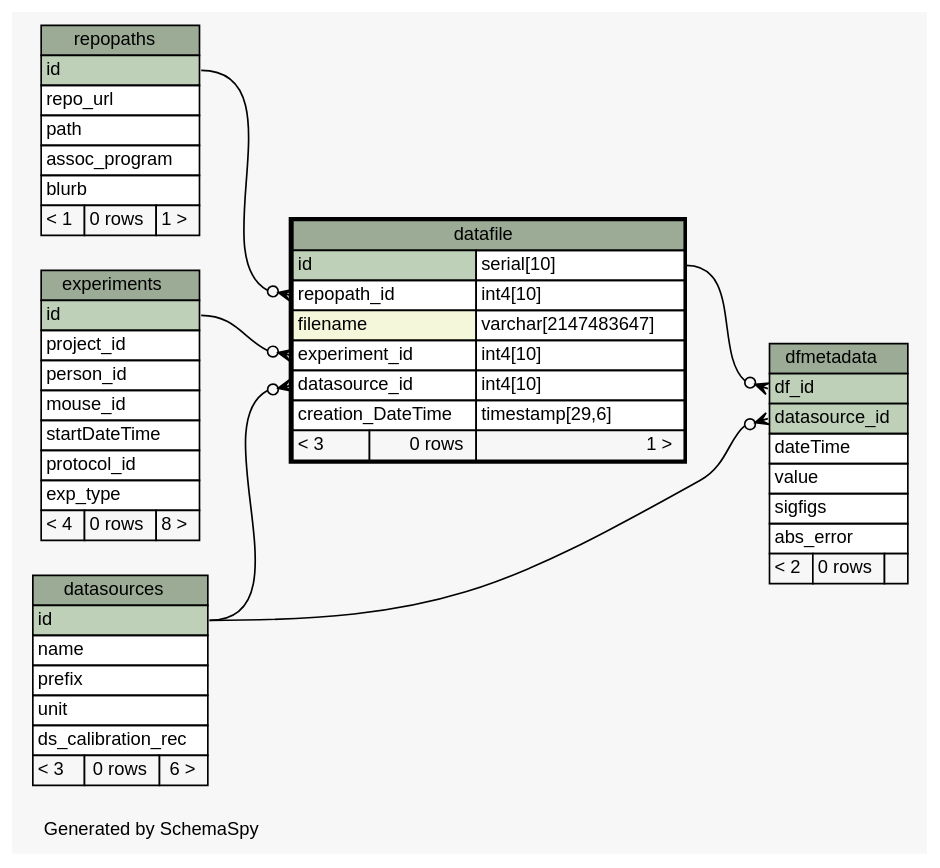
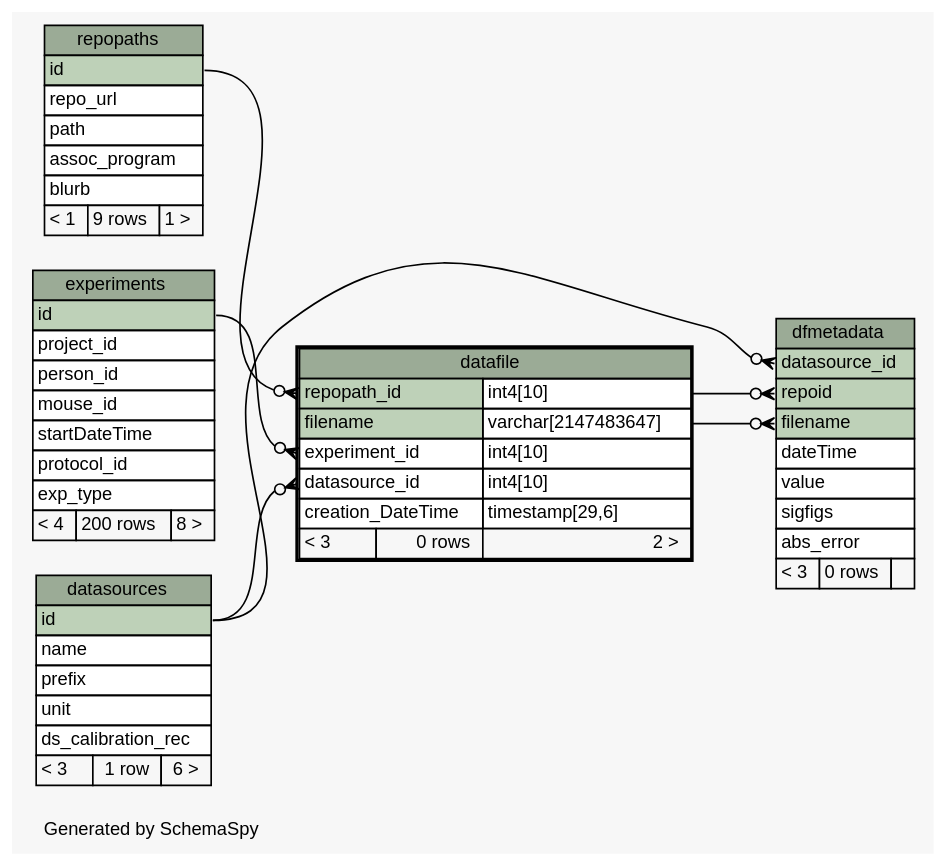
One commit to tgbugs/mlab changed the diagram in database/ss/diagrams/datafile.1degree.dot. Above: the diagram before and after it, drawn with Graphviz. The commit also changed 221 other files, not shown here.

```diff
--- a/database/ss/diagrams/datafile.1degree.dot
+++ b/database/ss/diagrams/datafile.1degree.dot
@@ -1,101 +1,102 @@
 // dot 2.32.0 on Windows 7 6.1
 // SchemaSpy rev 590
 digraph "oneDegreeRelationshipsDiagram" {
   graph [
     rankdir="RL"
     bgcolor="#f7f7f7"
     label="\nGenerated by SchemaSpy"
     labeljust="l"
     nodesep="0.18"
     ranksep="0.46"
     fontname="Helvetica"
     fontsize="11"
   ];
   node [
     fontname="Helvetica"
     fontsize="11"
     shape="plaintext"
   ];
   edge [
     arrowsize="0.8"
   ];
   "datafile":"datasource_id":w -> "datasources":"id":e [arrowhead=none dir=back arrowtail=crowodot];
   "datafile":"experiment_id":w -> "experiments":"id":e [arrowhead=none dir=back arrowtail=crowodot];
   "datafile":"repopath_id":w -> "repopaths":"id":e [arrowhead=none dir=back arrowtail=crowodot];
   "dfmetadata":"datasource_id":w -> "datasources":"id":e [arrowhead=none dir=back arrowtail=crowodot];
-  "dfmetadata":"df_id":w -> "datafile":"id.type":e [arrowhead=none dir=back arrowtail=crowodot];
+  "dfmetadata":"filename":w -> "datafile":"filename.type":e [arrowhead=none dir=back arrowtail=crowodot];
+  "dfmetadata":"repoid":w -> "datafile":"repopath_id.type":e [arrowhead=none dir=back arrowtail=crowodot];
   "datafile" [
     label=<
     <TABLE BORDER="2" CELLBORDER="1" CELLSPACING="0" BGCOLOR="#ffffff">
       <TR><TD COLSPAN="3" BGCOLOR="#9bab96" ALIGN="CENTER">datafile</TD></TR>
-      <TR><TD PORT="id" COLSPAN="2" BGCOLOR="#bed1b8" ALIGN="LEFT">id</TD><TD PORT="id.type" ALIGN="LEFT">serial[10]</TD></TR>
-      <TR><TD PORT="repopath_id" COLSPAN="2" ALIGN="LEFT">repopath_id</TD><TD PORT="repopath_id.type" ALIGN="LEFT">int4[10]</TD></TR>
-      <TR><TD PORT="filename" COLSPAN="2" BGCOLOR="#f4f7da" ALIGN="LEFT">filename</TD><TD PORT="filename.type" ALIGN="LEFT">varchar[2147483647]</TD></TR>
+      <TR><TD PORT="repopath_id" COLSPAN="2" BGCOLOR="#bed1b8" ALIGN="LEFT">repopath_id</TD><TD PORT="repopath_id.type" ALIGN="LEFT">int4[10]</TD></TR>
+      <TR><TD PORT="filename" COLSPAN="2" BGCOLOR="#bed1b8" ALIGN="LEFT">filename</TD><TD PORT="filename.type" ALIGN="LEFT">varchar[2147483647]</TD></TR>
       <TR><TD PORT="experiment_id" COLSPAN="2" ALIGN="LEFT">experiment_id</TD><TD PORT="experiment_id.type" ALIGN="LEFT">int4[10]</TD></TR>
       <TR><TD PORT="datasource_id" COLSPAN="2" ALIGN="LEFT">datasource_id</TD><TD PORT="datasource_id.type" ALIGN="LEFT">int4[10]</TD></TR>
       <TR><TD PORT="creation_DateTime" COLSPAN="2" ALIGN="LEFT">creation_DateTime</TD><TD PORT="creation_DateTime.type" ALIGN="LEFT">timestamp[29,6]</TD></TR>
-      <TR><TD ALIGN="LEFT" BGCOLOR="#f7f7f7">&lt; 3</TD><TD ALIGN="RIGHT" BGCOLOR="#f7f7f7">0 rows</TD><TD ALIGN="RIGHT" BGCOLOR="#f7f7f7">1 &gt;</TD></TR>
+      <TR><TD ALIGN="LEFT" BGCOLOR="#f7f7f7">&lt; 3</TD><TD ALIGN="RIGHT" BGCOLOR="#f7f7f7">0 rows</TD><TD ALIGN="RIGHT" BGCOLOR="#f7f7f7">2 &gt;</TD></TR>
     </TABLE>>
     URL="datafile.html"
     tooltip="datafile"
   ];
   "datasources" [
     label=<
     <TABLE BORDER="0" CELLBORDER="1" CELLSPACING="0" BGCOLOR="#ffffff">
       <TR><TD COLSPAN="3" BGCOLOR="#9bab96" ALIGN="CENTER">datasources</TD></TR>
       <TR><TD PORT="id" COLSPAN="3" BGCOLOR="#bed1b8" ALIGN="LEFT">id</TD></TR>
       <TR><TD PORT="name" COLSPAN="3" ALIGN="LEFT">name</TD></TR>
       <TR><TD PORT="prefix" COLSPAN="3" ALIGN="LEFT">prefix</TD></TR>
       <TR><TD PORT="unit" COLSPAN="3" ALIGN="LEFT">unit</TD></TR>
       <TR><TD PORT="ds_calibration_rec" COLSPAN="3" ALIGN="LEFT">ds_calibration_rec</TD></TR>
-      <TR><TD ALIGN="LEFT" BGCOLOR="#f7f7f7">&lt; 3</TD><TD ALIGN="RIGHT" BGCOLOR="#f7f7f7">0 rows</TD><TD ALIGN="RIGHT" BGCOLOR="#f7f7f7">6 &gt;</TD></TR>
+      <TR><TD ALIGN="LEFT" BGCOLOR="#f7f7f7">&lt; 3</TD><TD ALIGN="RIGHT" BGCOLOR="#f7f7f7">1 row</TD><TD ALIGN="RIGHT" BGCOLOR="#f7f7f7">6 &gt;</TD></TR>
     </TABLE>>
     URL="datasources.html"
     tooltip="datasources"
   ];
   "dfmetadata" [
     label=<
     <TABLE BORDER="0" CELLBORDER="1" CELLSPACING="0" BGCOLOR="#ffffff">
       <TR><TD COLSPAN="3" BGCOLOR="#9bab96" ALIGN="CENTER">dfmetadata</TD></TR>
-      <TR><TD PORT="df_id" COLSPAN="3" BGCOLOR="#bed1b8" ALIGN="LEFT">df_id</TD></TR>
       <TR><TD PORT="datasource_id" COLSPAN="3" BGCOLOR="#bed1b8" ALIGN="LEFT">datasource_id</TD></TR>
+      <TR><TD PORT="repoid" COLSPAN="3" BGCOLOR="#bed1b8" ALIGN="LEFT">repoid</TD></TR>
+      <TR><TD PORT="filename" COLSPAN="3" BGCOLOR="#bed1b8" ALIGN="LEFT">filename</TD></TR>
       <TR><TD PORT="dateTime" COLSPAN="3" ALIGN="LEFT">dateTime</TD></TR>
       <TR><TD PORT="value" COLSPAN="3" ALIGN="LEFT">value</TD></TR>
       <TR><TD PORT="sigfigs" COLSPAN="3" ALIGN="LEFT">sigfigs</TD></TR>
       <TR><TD PORT="abs_error" COLSPAN="3" ALIGN="LEFT">abs_error</TD></TR>
-      <TR><TD ALIGN="LEFT" BGCOLOR="#f7f7f7">&lt; 2</TD><TD ALIGN="RIGHT" BGCOLOR="#f7f7f7">0 rows</TD><TD ALIGN="RIGHT" BGCOLOR="#f7f7f7">  </TD></TR>
+      <TR><TD ALIGN="LEFT" BGCOLOR="#f7f7f7">&lt; 3</TD><TD ALIGN="RIGHT" BGCOLOR="#f7f7f7">0 rows</TD><TD ALIGN="RIGHT" BGCOLOR="#f7f7f7">  </TD></TR>
     </TABLE>>
     URL="dfmetadata.html"
     tooltip="dfmetadata"
   ];
   "experiments" [
     label=<
     <TABLE BORDER="0" CELLBORDER="1" CELLSPACING="0" BGCOLOR="#ffffff">
       <TR><TD COLSPAN="3" BGCOLOR="#9bab96" ALIGN="CENTER">experiments</TD></TR>
       <TR><TD PORT="id" COLSPAN="3" BGCOLOR="#bed1b8" ALIGN="LEFT">id</TD></TR>
       <TR><TD PORT="project_id" COLSPAN="3" ALIGN="LEFT">project_id</TD></TR>
       <TR><TD PORT="person_id" COLSPAN="3" ALIGN="LEFT">person_id</TD></TR>
       <TR><TD PORT="mouse_id" COLSPAN="3" ALIGN="LEFT">mouse_id</TD></TR>
       <TR><TD PORT="startDateTime" COLSPAN="3" ALIGN="LEFT">startDateTime</TD></TR>
       <TR><TD PORT="protocol_id" COLSPAN="3" ALIGN="LEFT">protocol_id</TD></TR>
       <TR><TD PORT="exp_type" COLSPAN="3" ALIGN="LEFT">exp_type</TD></TR>
-      <TR><TD ALIGN="LEFT" BGCOLOR="#f7f7f7">&lt; 4</TD><TD ALIGN="RIGHT" BGCOLOR="#f7f7f7">0 rows</TD><TD ALIGN="RIGHT" BGCOLOR="#f7f7f7">8 &gt;</TD></TR>
+      <TR><TD ALIGN="LEFT" BGCOLOR="#f7f7f7">&lt; 4</TD><TD ALIGN="RIGHT" BGCOLOR="#f7f7f7">200 rows</TD><TD ALIGN="RIGHT" BGCOLOR="#f7f7f7">8 &gt;</TD></TR>
     </TABLE>>
     URL="experiments.html"
     tooltip="experiments"
   ];
   "repopaths" [
     label=<
     <TABLE BORDER="0" CELLBORDER="1" CELLSPACING="0" BGCOLOR="#ffffff">
       <TR><TD COLSPAN="3" BGCOLOR="#9bab96" ALIGN="CENTER">repopaths</TD></TR>
       <TR><TD PORT="id" COLSPAN="3" BGCOLOR="#bed1b8" ALIGN="LEFT">id</TD></TR>
       <TR><TD PORT="repo_url" COLSPAN="3" ALIGN="LEFT">repo_url</TD></TR>
       <TR><TD PORT="path" COLSPAN="3" ALIGN="LEFT">path</TD></TR>
       <TR><TD PORT="assoc_program" COLSPAN="3" ALIGN="LEFT">assoc_program</TD></TR>
       <TR><TD PORT="blurb" COLSPAN="3" ALIGN="LEFT">blurb</TD></TR>
-      <TR><TD ALIGN="LEFT" BGCOLOR="#f7f7f7">&lt; 1</TD><TD ALIGN="RIGHT" BGCOLOR="#f7f7f7">0 rows</TD><TD ALIGN="RIGHT" BGCOLOR="#f7f7f7">1 &gt;</TD></TR>
+      <TR><TD ALIGN="LEFT" BGCOLOR="#f7f7f7">&lt; 1</TD><TD ALIGN="RIGHT" BGCOLOR="#f7f7f7">9 rows</TD><TD ALIGN="RIGHT" BGCOLOR="#f7f7f7">1 &gt;</TD></TR>
     </TABLE>>
     URL="repopaths.html"
     tooltip="repopaths"
   ];
 }
```
